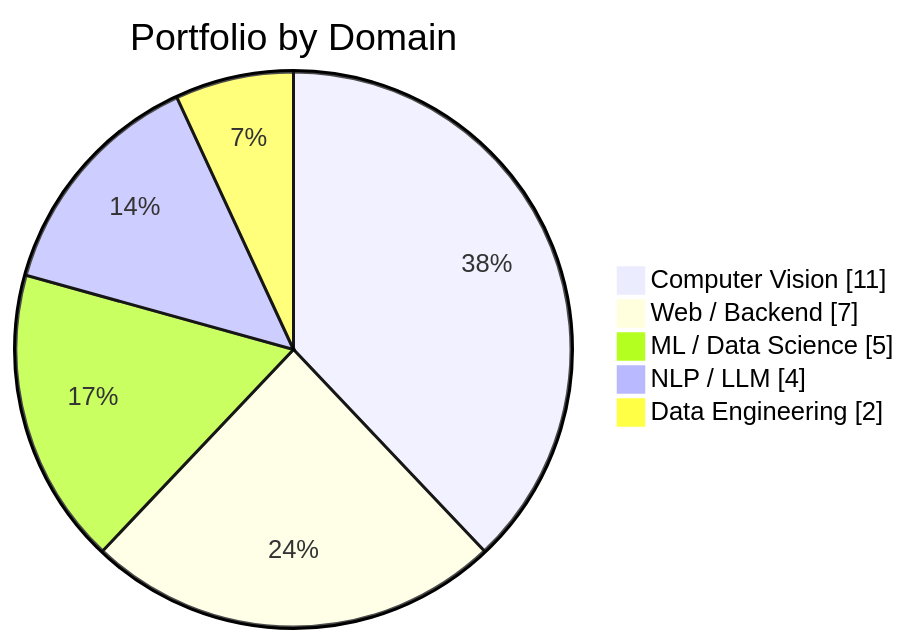
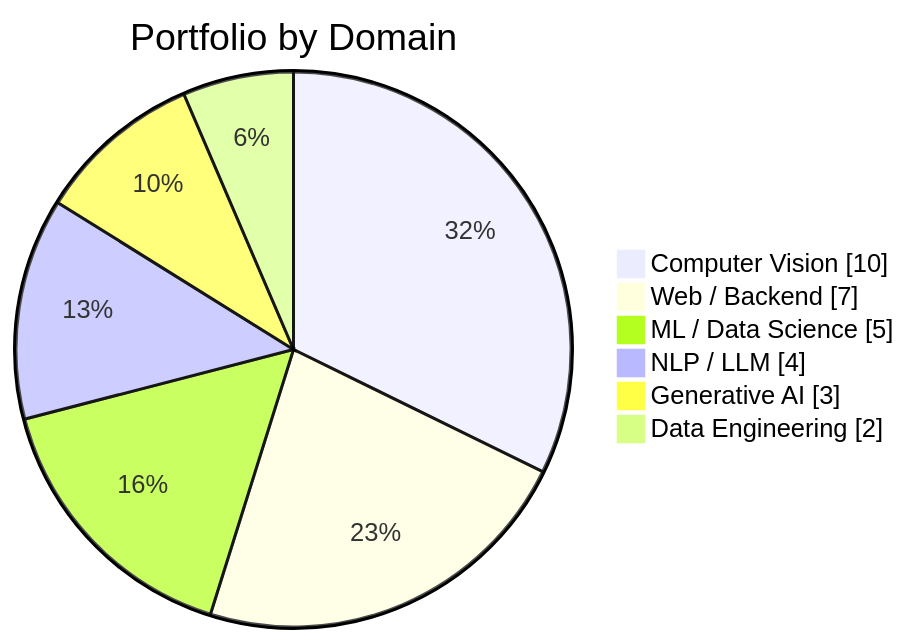
The diagram in README.md (danishjavedcodes/danishjavedcodes), drawn with Mermaid before and after one commit. The commit also changed other lines of this file, not shown here.

````diff
--- a/README.md
+++ b/README.md
@@ -158,9 +118,10 @@
 ```mermaid
 pie showData
     title Portfolio by Domain
-    "Computer Vision" : 11
+    "Computer Vision" : 10
     "Web / Backend" : 7
     "ML / Data Science" : 5
     "NLP / LLM" : 4
+    "Generative AI" : 3
     "Data Engineering" : 2
 ```
````
